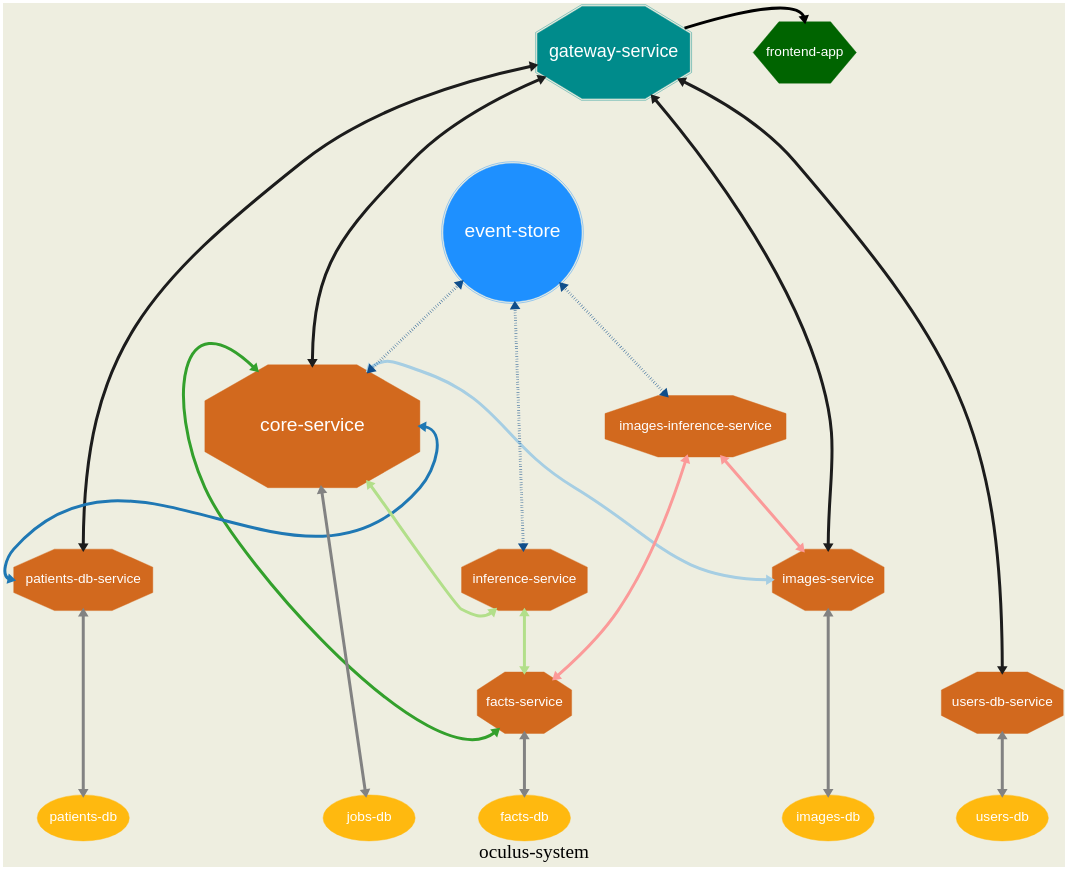
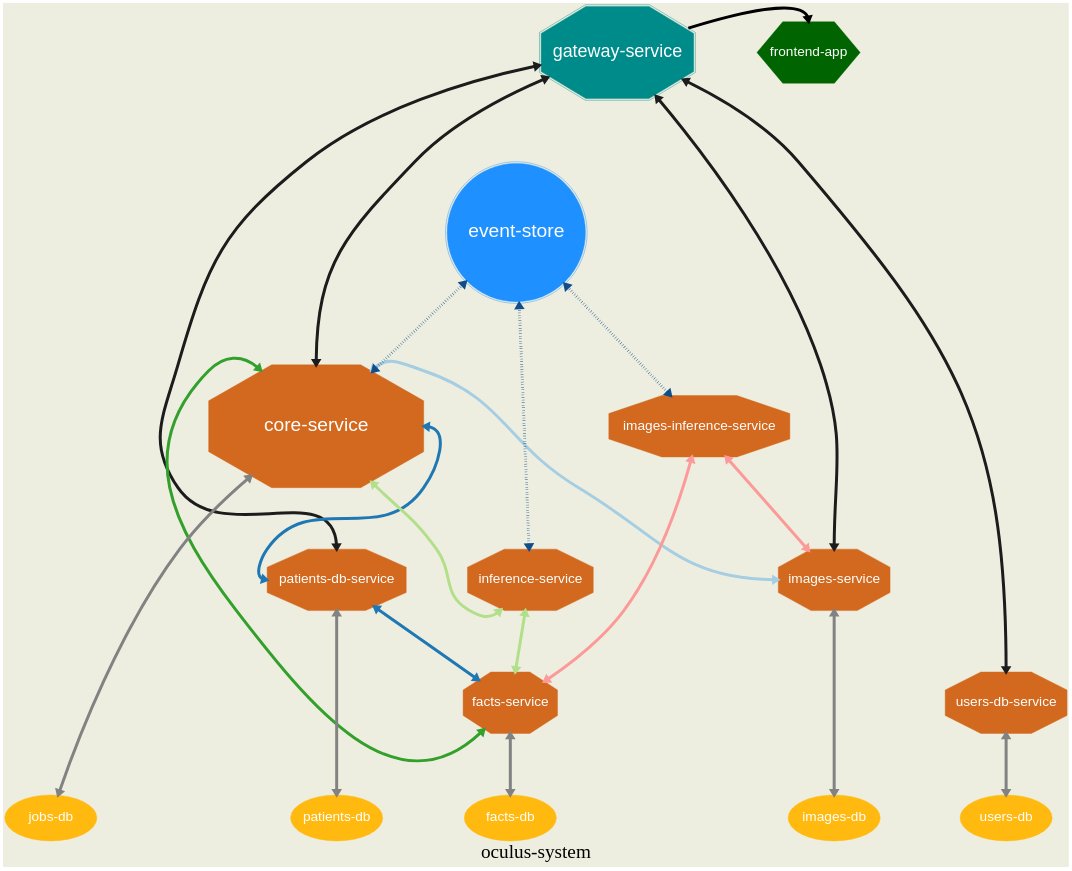
The diagram in oculus-system.gv (OCULUS-project/oculus-system-map), drawn with Graphviz before and after one commit. The commit also changed 2 other files, not shown here.

Commit message:
patients -> facts

```diff
--- a/oculus-system.gv
+++ b/oculus-system.gv
@@ -1,88 +1,90 @@
 digraph oculus {
     
     label="oculus-system" 
    
     graph [fontsize=45 ranksep=2 bgcolor=ivory2]
     node [fontname=Arial fontcolor=white]
     edge [dir=both penwidth=7] 
     nodesep=2
 
     subgraph gateway {
         node [fontsize=42 shape=doubleoctagon style=filled color=cyan4 height=3]
 
         {rank=source; "gateway-service"}
     }
     
     subgraph services {
         node [padding=5 fontsize=32 shape=octagon style=filled color=chocolate height=2 colorsheme=paired12]
         edge [style=bold colorscheme="paired12"]
 
         "core-service" [padding=8 fontsize=45 height=4 width=7]
         "facts-service"
         "images-service"
         "patients-db-service"
         "users-db-service"
         "inference-service"
         "images-inference-service"
 
         "core-service" -> "images-service" [headport=w tailport=ne colorsheme=paired12 color=1]
         "core-service" -> "patients-db-service" [headport=w tailport=e color=2]
         "core-service" -> "inference-service" [headport=sw tailport=se color=3]
         "core-service" -> "facts-service" [headport=sw tailport=nw color=4]
 
         "inference-service" -> "facts-service" [color=3]
 
         "images-inference-service" -> "images-service" [color=5]
         "images-inference-service" -> "facts-service" [color=5]
+
+        "patients-db-service" -> "facts-service" [color=2]
         
     }
 
     subgraph databases {
         node [fontsize=32 shape=ellipse width=3 style=filled color=darkgoldenrod1 height=1.5]
         
         { rank=sink;
            "jobs-db"
            "facts-db"
            "images-db"
            "patients-db"
            "users-db"
         }
     }
 
     subgraph events {
         node [fontsize=45 shape=doublecircle width=4.5 style=filled color=dodgerblue1]
 
         "event-store"
     }
 
     subgraph frontend {
         node [fontsize=32 shape=hexagon style=filled color=darkgreen height=2]
 
         { rank=source; "frontend-app" }
     }
 
     subgraph gateway_service_connections {
         "gateway-service" -> "frontend-app" [headport=n]
         "gateway-service" -> "core-service" [headport=n color=grey11]
         "gateway-service" -> "images-service" [headport=n color=grey11]
         "gateway-service" -> "patients-db-service" [headport=n color=grey11]
         "gateway-service" -> "users-db-service" [headport=n color=grey11]
     }
 
     subgraph service_db_connections {
         "jobs-db" -> "core-service" [color=gray51]
         "facts-db" -> "facts-service" [color=gray51]
         "images-db" -> "images-service" [color=gray51]
         "patients-db" -> "patients-db-service" [color=gray51]
         "users-db" -> "users-db-service" [color=gray51]
     }
 
     subgraph event_bus {
         edge [style=dotted color=dodgerblue4]
 
         "event-store" -> "core-service"
         "event-store" -> "inference-service"
         "event-store" -> "images-inference-service"
     }
 
 }
```
